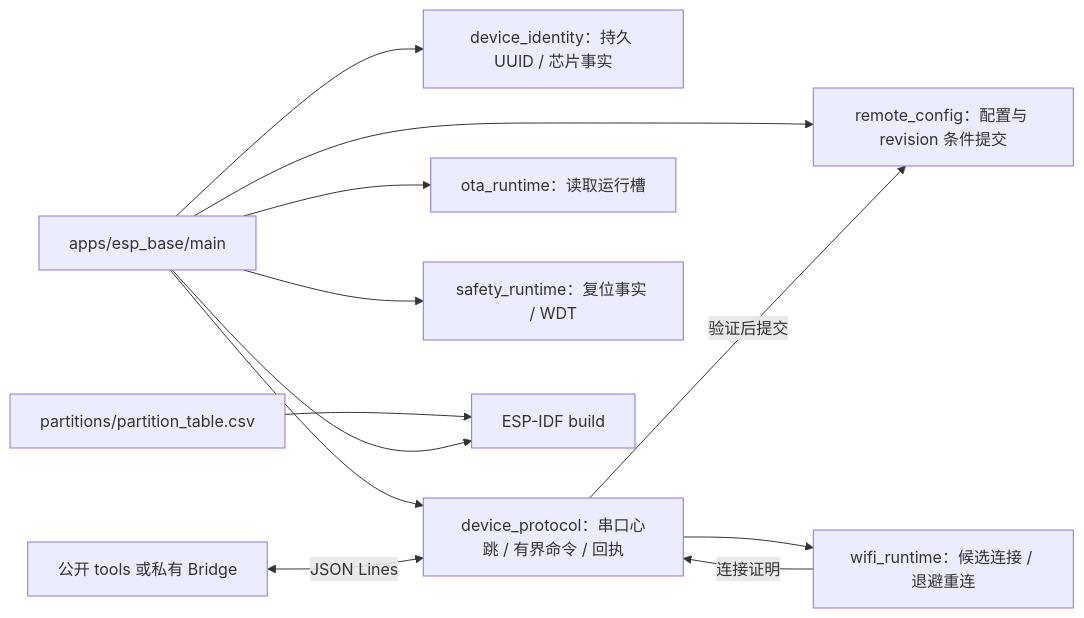
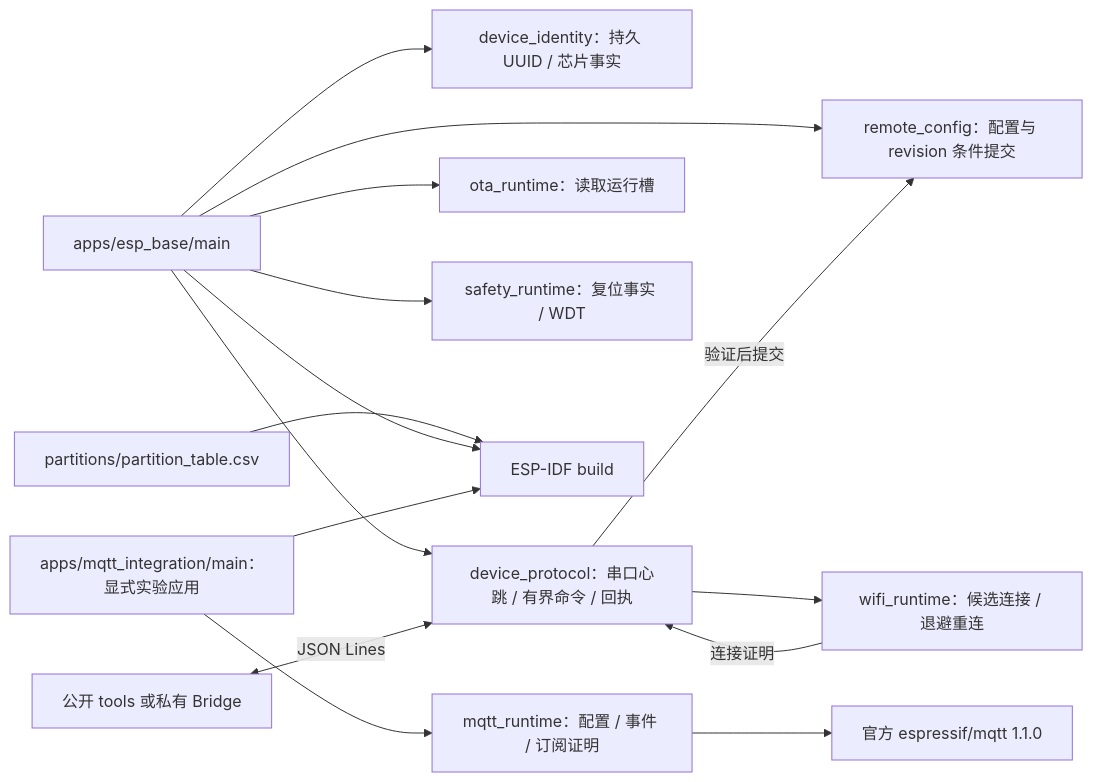
One commit to darren-you/esp-base changed the diagram in firmware/README.md. Above: the diagram before and after it, drawn with Mermaid. The commit also changed other lines of this file and 26 other files, not shown here.

````diff
--- a/firmware/README.md
+++ b/firmware/README.md
@@ -7,14 +7,17 @@
 ```mermaid
 flowchart LR
     main["apps/esp_base/main"] --> identity["device_identity：持久 UUID / 芯片事实"]
     main --> config["remote_config：配置与 revision 条件提交"]
     protocol --> wifi["wifi_runtime：候选连接 / 退避重连"]
     wifi -->|"连接证明"| protocol
     protocol -->|"验证后提交"| config
     main --> ota["ota_runtime：读取运行槽"]
     main --> safety["safety_runtime：复位事实 / WDT"]
     main --> protocol["device_protocol：串口心跳 / 有界命令 / 回执"]
     host["公开 tools 或私有 Bridge"] <-->|"JSON Lines"| protocol
     partitions["partitions/partition_table.csv"] --> build["ESP-IDF build"]
     main --> build
+    lab["apps/mqtt_integration/main：显式实验应用"] --> mqtt["mqtt_runtime：配置 / 事件 / 订阅证明"]
+    mqtt --> official["官方 espressif/mqtt 1.1.0"]
+    lab --> build
 ```
````
